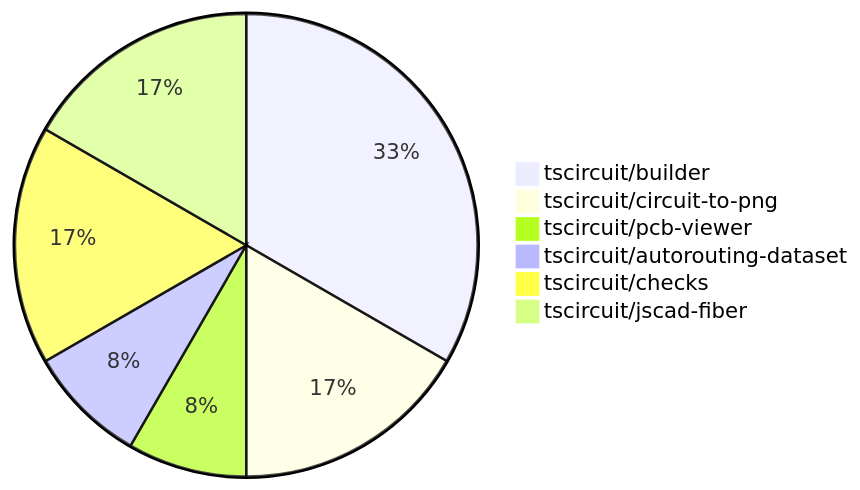
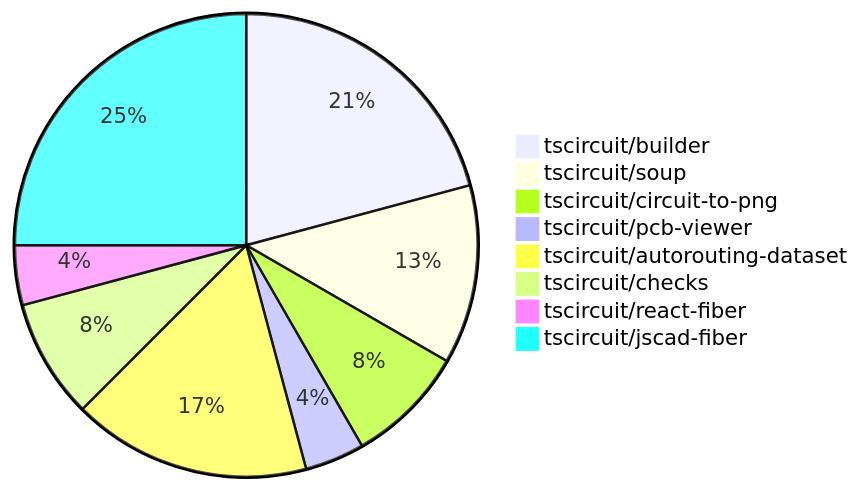
The diagram in README.md (tscircuit/contribution-tracker), drawn with Mermaid before and after one commit. The commit also changed other lines of this file and 1 other file, not shown here.

````diff
--- a/README.md
+++ b/README.md
@@ -24,9 +24,11 @@
 ```mermaid
 pie
-    "tscircuit/builder" : 4
+    "tscircuit/builder" : 5
+    "tscircuit/soup" : 3
     "tscircuit/circuit-to-png" : 2
     "tscircuit/pcb-viewer" : 1
-    "tscircuit/autorouting-dataset" : 1
+    "tscircuit/autorouting-dataset" : 4
     "tscircuit/checks" : 2
-    "tscircuit/jscad-fiber" : 2
+    "tscircuit/react-fiber" : 1
+    "tscircuit/jscad-fiber" : 6
 ```
````
